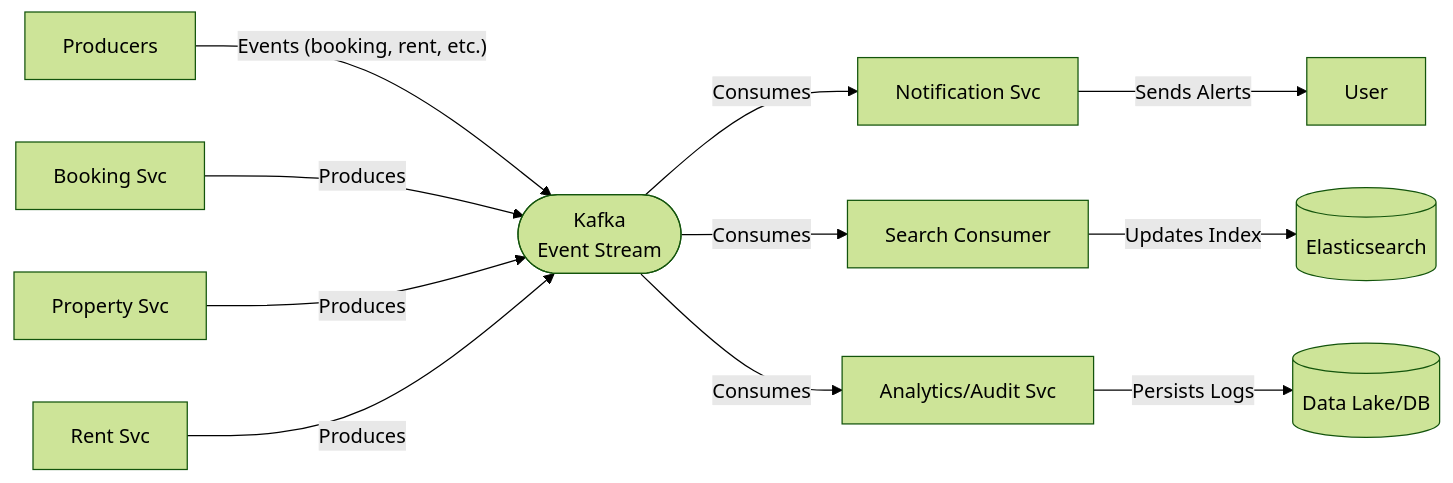
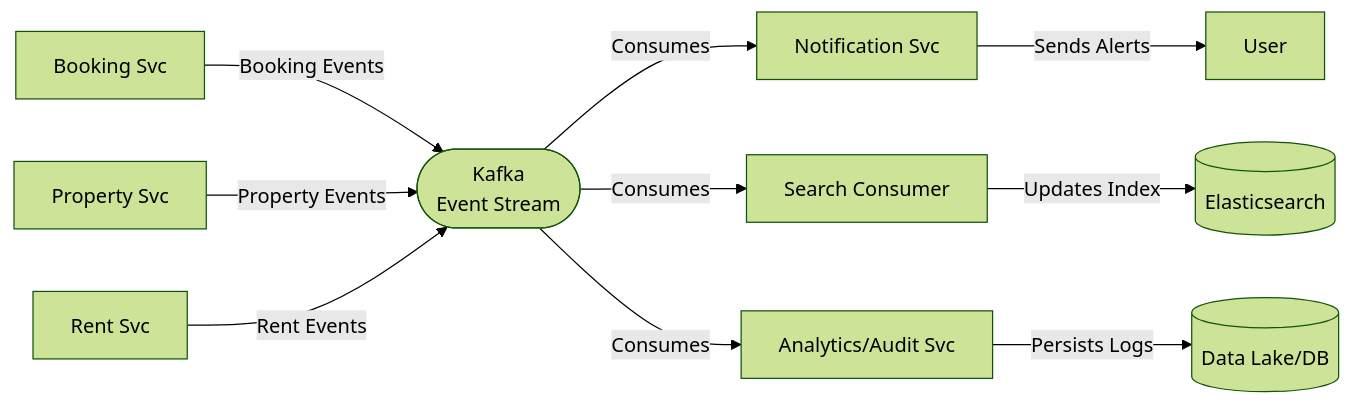
One commit to AdilAbubacker/rentezy_backend changed the third of 3 diagrams in README.md. Above: the diagram before and after it, drawn with Mermaid (forest theme).

````diff
--- a/README.md
+++ b/README.md
@@ -411,26 +411,24 @@
 ```mermaid
 graph LR
     BookingService[Booking Svc]
     RentService[Rent Svc]
     PropertyService[Property Svc]
 
     Kafka([Kafka<br>Event Stream])
 
     NotificationService[Notification Svc]
     SearchConsumer[Search Consumer]
     AnalyticsAudit[Analytics/Audit Svc]
 
-    Producers -- "Events (booking, rent, etc.)" --> Kafka
-
-    BookingService -- "Produces" --> Kafka
-    PropertyService -- "Produces" --> Kafka
-    RentService -- "Produces" --> Kafka
+    BookingService -- "Booking Events" --> Kafka
+    PropertyService -- "Property Events" --> Kafka
+    RentService -- "Rent Events" --> Kafka
 
     Kafka -- "Consumes" --> NotificationService
     Kafka -- "Consumes" --> SearchConsumer
     Kafka -- "Consumes" --> AnalyticsAudit
 
     NotificationService -- "Sends Alerts" --> User[User]
     SearchConsumer -- "Updates Index" --> Elasticsearch[(Elasticsearch)]
     AnalyticsAudit -- "Persists Logs" --> DataLake[(Data Lake/DB)]
 ```
````
